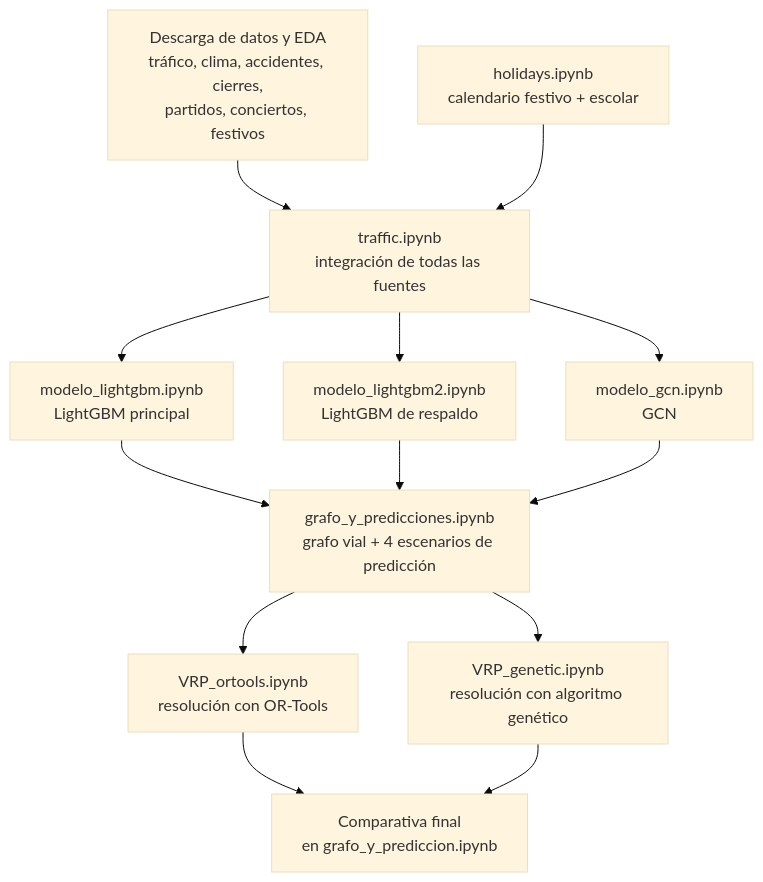
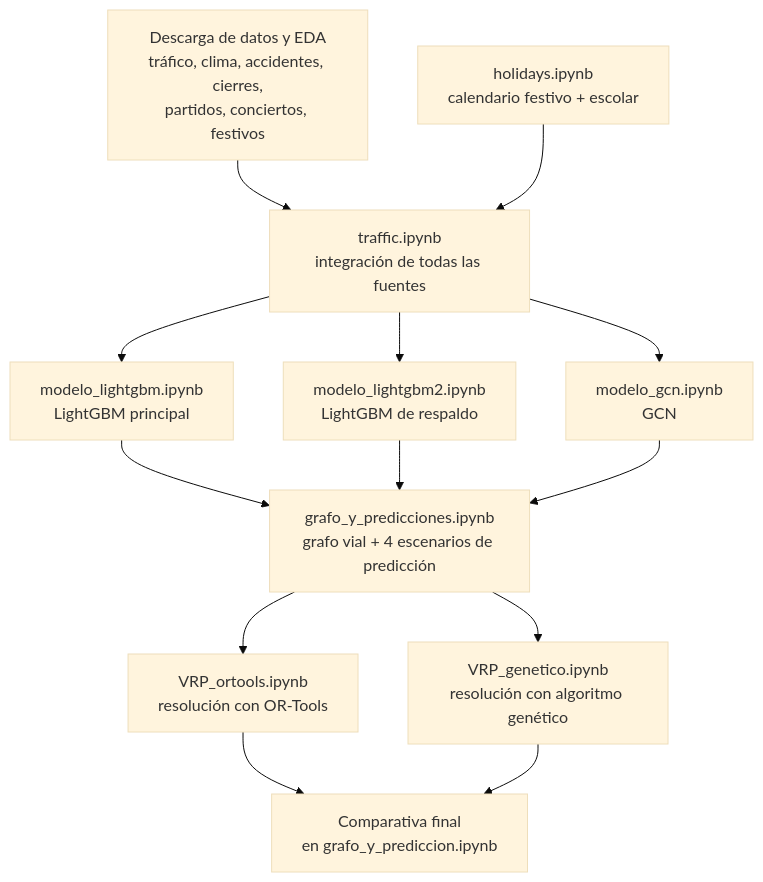
One commit to iac50/TFM_final changed the diagram in README.md. Above: the diagram before and after it, drawn with Mermaid (base theme).

Commit message:
Fix typo in filename for genetic algorithm notebook

````diff
--- a/README.md
+++ b/README.md
@@ -26,17 +26,17 @@
 ```mermaid
 flowchart TD
     A1[Descarga de datos y EDA<br/>tráfico, clima, accidentes, cierres,<br/>partidos, conciertos, festivos] 
     A2[holidays.ipynb<br/>calendario festivo + escolar]
     A1 --> D[traffic.ipynb<br/>integración de todas las fuentes]
     A2 --> D
     D --> E1[modelo_lightgbm.ipynb<br/>LightGBM principal]
     D --> E2[modelo_lightgbm2.ipynb<br/>LightGBM de respaldo]
     D --> E3[modelo_gcn.ipynb<br/>GCN]
     E1 --> F[grafo_y_predicciones.ipynb<br/>grafo vial + 4 escenarios de predicción]
     E2 --> F
     E3 --> F
     F --> G1[VRP_ortools.ipynb<br/>resolución con OR-Tools]
-    F --> G2[VRP_genetic.ipynb<br/>resolución con algoritmo genético]
+    F --> G2[VRP_genetico.ipynb<br/>resolución con algoritmo genético]
     G1 --> H[Comparativa final<br/>en grafo_y_prediccion.ipynb]
     G2 --> H
 ```
````
